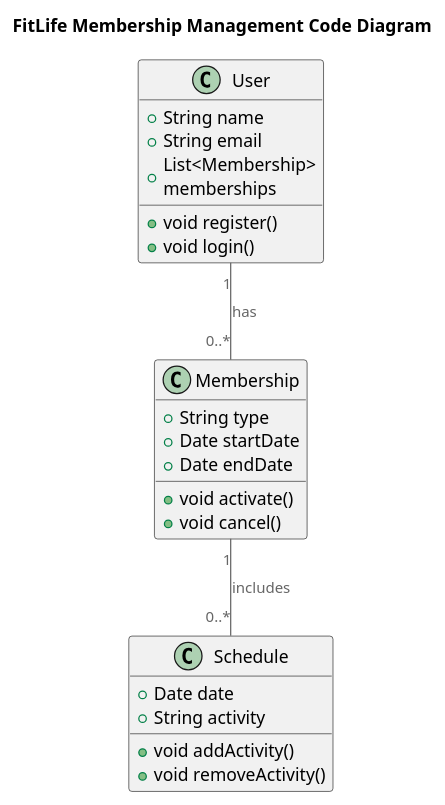
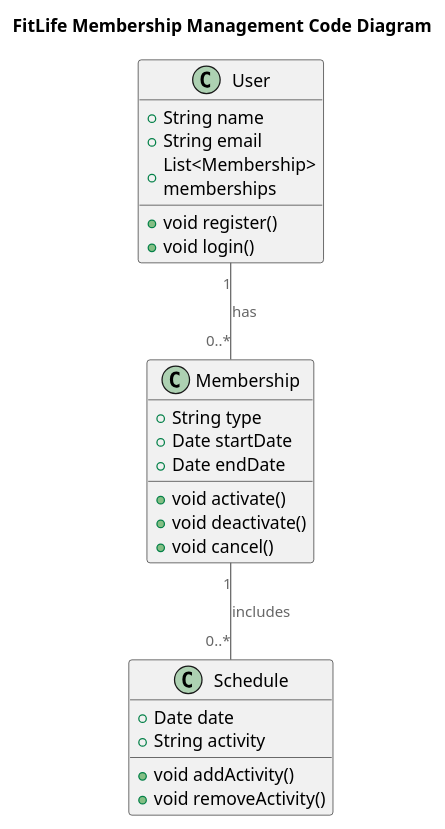
One commit to tashimotor/architecture-sprint-3-practice changed the diagram in diagrams/code/FitLife_Code_Membership.puml. Above: the diagram before and after it, drawn with PlantUML. The commit also changed 1 other file, not shown here.

```diff
--- a/diagrams/code/FitLife_Code_Membership.puml
+++ b/diagrams/code/FitLife_Code_Membership.puml
@@ -1,34 +1,35 @@
 @startuml
 title FitLife Membership Management Code Diagram
 
 top to bottom direction
 
 !includeurl https://raw.githubusercontent.com/RicardoNiepel/C4-PlantUML/master/C4_Component.puml
 
 class User {
   +String name
   +String email
   +List<Membership> memberships
   +void register()
   +void login()
 }
 
 class Membership {
   +String type
   +Date startDate
   +Date endDate
   +void activate()
+  +void deactivate()
   +void cancel()
 }
 
 class Schedule {
   +Date date
   +String activity
   +void addActivity()
   +void removeActivity()
 }
 
 User "1" -- "0..*" Membership : has
 Membership "1" -- "0..*" Schedule : includes
 
 @enduml
```
